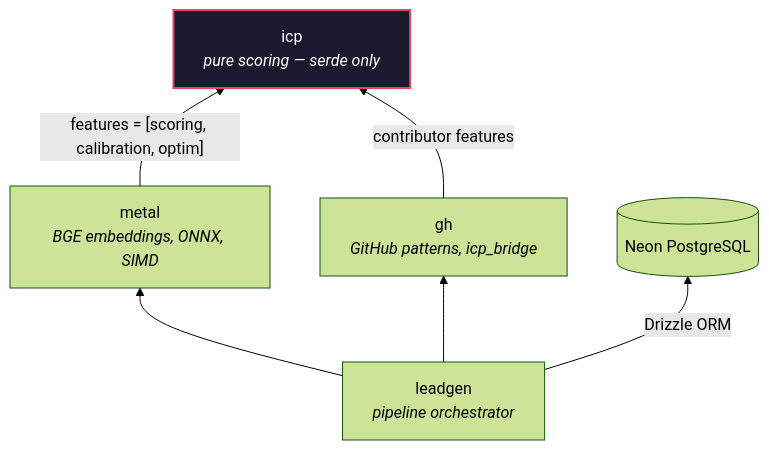
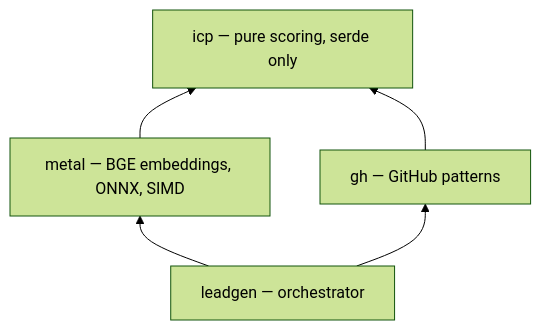
The third of 3 diagrams in apps/lead-gen/crates/icp/README.md (v9ai/ai-apps), drawn with Mermaid (forest theme) before and after one commit. The commit also changed other lines of this file, not shown here.

First line of the commit message:
(lead-gen): Done. Collapsed three diagrams from ~70 nodes to ~15:

````diff
--- a/apps/lead-gen/crates/icp/README.md
+++ b/apps/lead-gen/crates/icp/README.md
@@ -128,16 +27,7 @@
 ```mermaid
 flowchart BT
-    ICP["icp<br/><i>pure scoring — serde only</i>"]
-    METAL["metal<br/><i>BGE embeddings, ONNX, SIMD</i>"]
-    GH["gh<br/><i>GitHub patterns, icp_bridge</i>"]
-    LEADGEN["leadgen<br/><i>pipeline orchestrator</i>"]
-    NEON[(Neon PostgreSQL)]
-
-    METAL -->|"features = [scoring, calibration, optim]"| ICP
-    GH -->|"contributor features"| ICP
-    LEADGEN --> METAL
-    LEADGEN --> GH
-    LEADGEN -->|"Drizzle ORM"| NEON
-
-    style ICP fill:#1a1a2e,stroke:#e94560,stroke-width:2px,color:#fff
+    ICP[icp — pure scoring, serde only]
+    METAL[metal — BGE embeddings, ONNX, SIMD] --> ICP
+    GH[gh — GitHub patterns] --> ICP
+    LEADGEN[leadgen — orchestrator] --> METAL & GH
 ```
````
